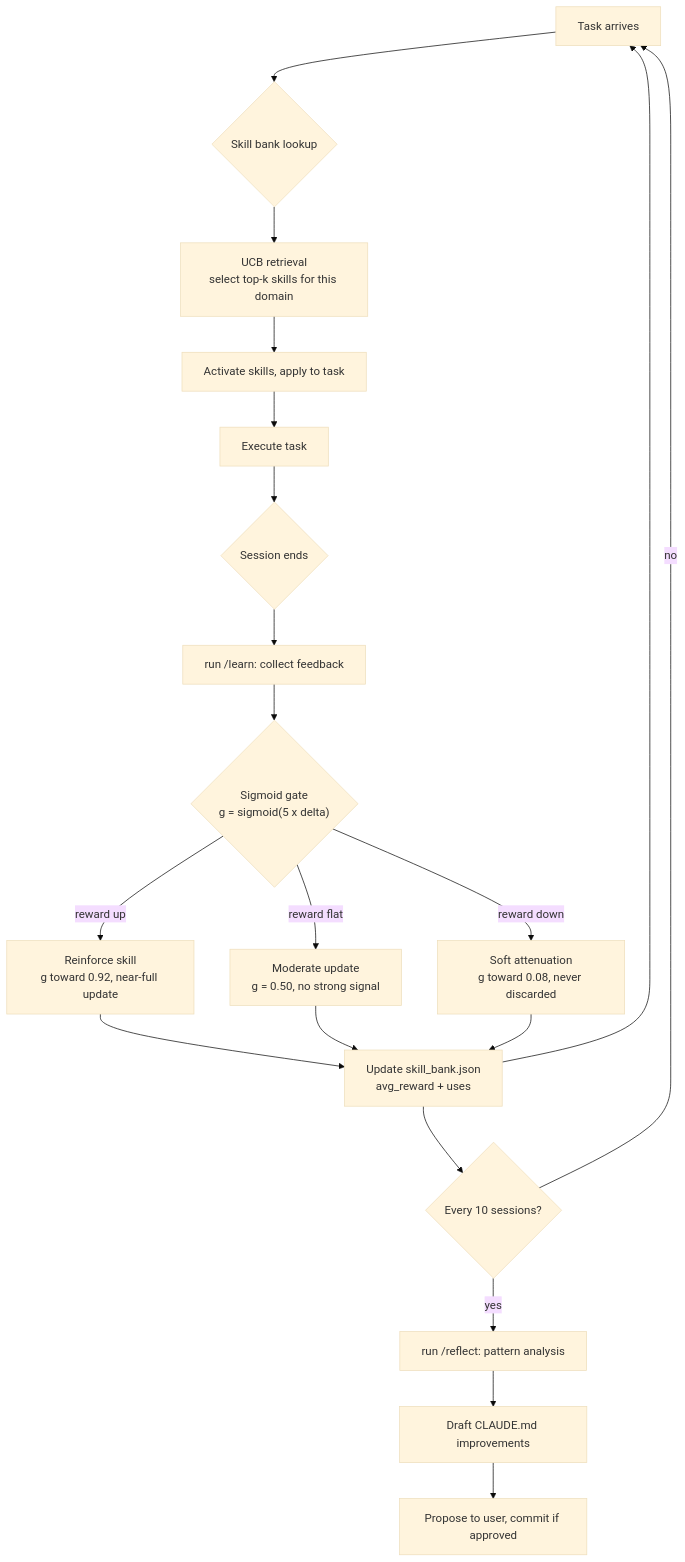
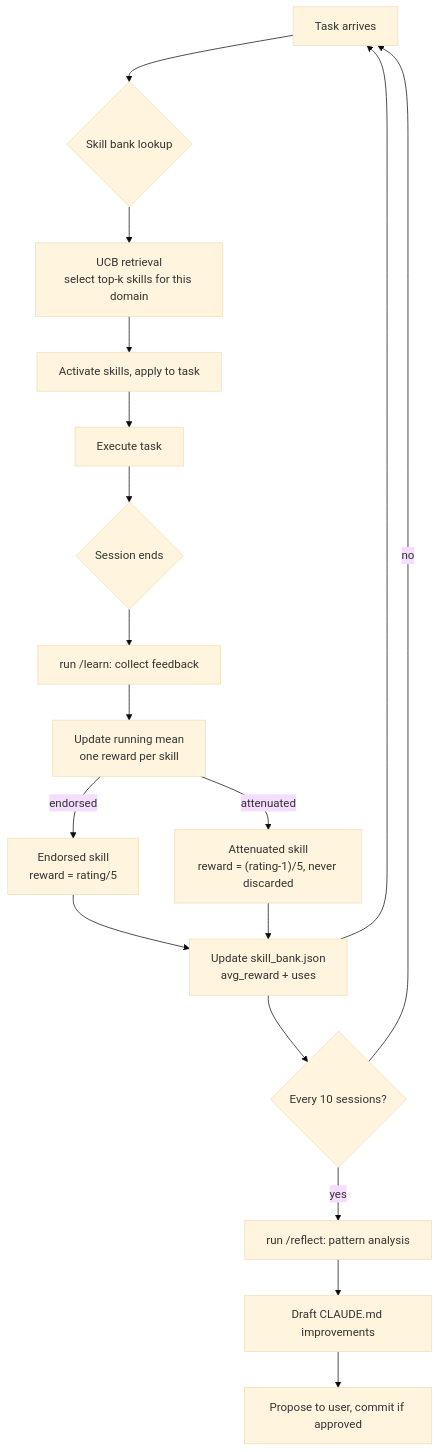
One commit to notaneric/claude-personal-assistant changed the diagram in docs/ARCHITECTURE.md. Above: the diagram before and after it, drawn with Mermaid (base theme). The commit also changed other lines of this file and 18 other files, not shown here.

````diff
--- a/docs/ARCHITECTURE.md
+++ b/docs/ARCHITECTURE.md
@@ -36,22 +36,20 @@
 ```mermaid
 flowchart TD
     A["Task arrives"] --> B{"Skill bank lookup"}
     B --> C["UCB retrieval<br/>select top-k skills for this domain"]
     C --> D["Activate skills, apply to task"]
     D --> E["Execute task"]
     E --> F{"Session ends"}
     F --> G["run /learn: collect feedback"]
-    G --> H{"Sigmoid gate<br/>g = sigmoid(5 x delta)"}
-    H -->|"reward up"| I["Reinforce skill<br/>g toward 0.92, near-full update"]
-    H -->|"reward flat"| J["Moderate update<br/>g = 0.50, no strong signal"]
-    H -->|"reward down"| K["Soft attenuation<br/>g toward 0.08, never discarded"]
+    G --> H["Update running mean<br/>one reward per skill"]
+    H -->|"endorsed"| I["Endorsed skill<br/>reward = rating/5"]
+    H -->|"attenuated"| K["Attenuated skill<br/>reward = (rating-1)/5, never discarded"]
     I --> L["Update skill_bank.json<br/>avg_reward + uses"]
-    J --> L
     K --> L
     L --> M{"Every 10 sessions?"}
     M -->|"yes"| N["run /reflect: pattern analysis"]
     N --> O["Draft CLAUDE.md improvements"]
     O --> P["Propose to user, commit if approved"]
     M -->|"no"| A
     L --> A
 ```
````
